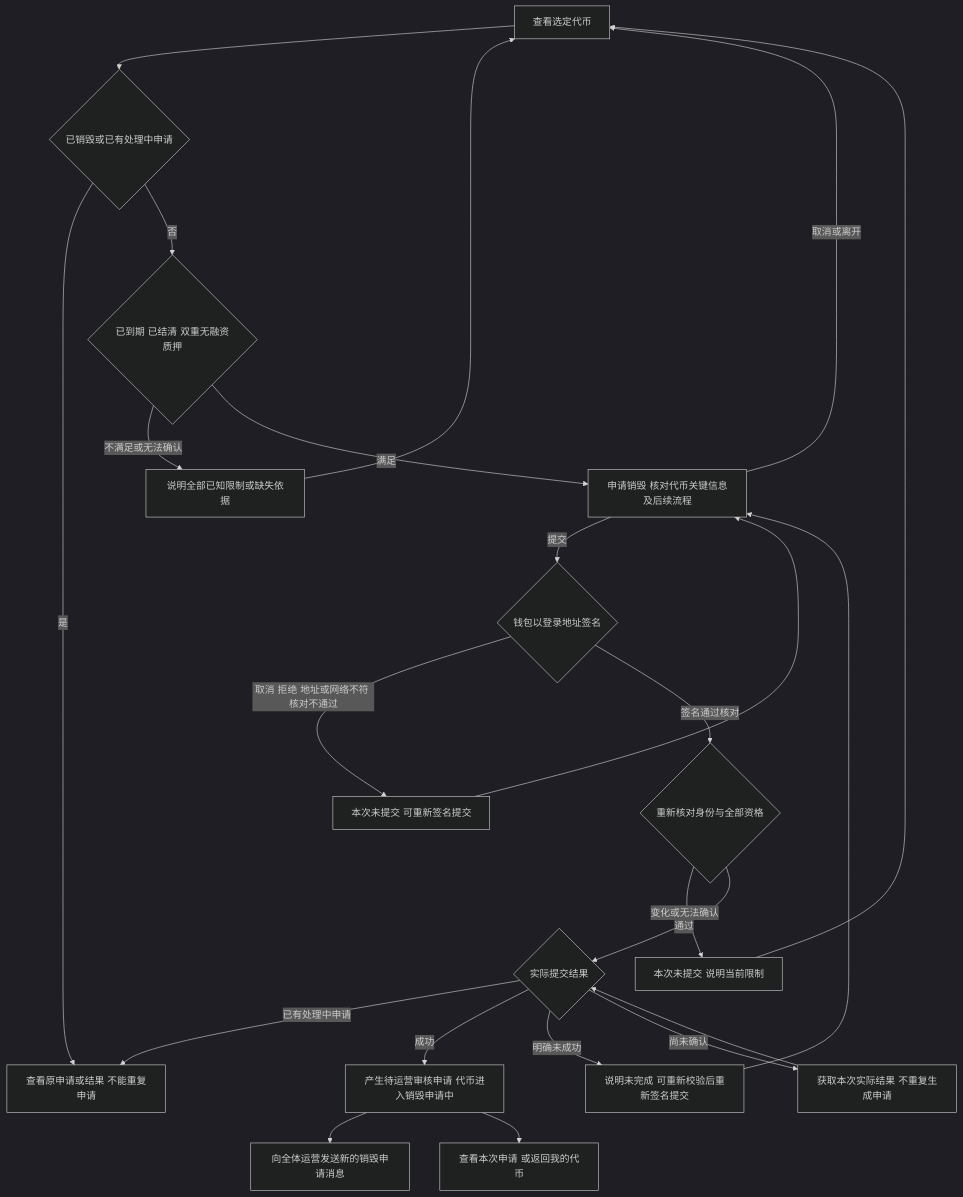
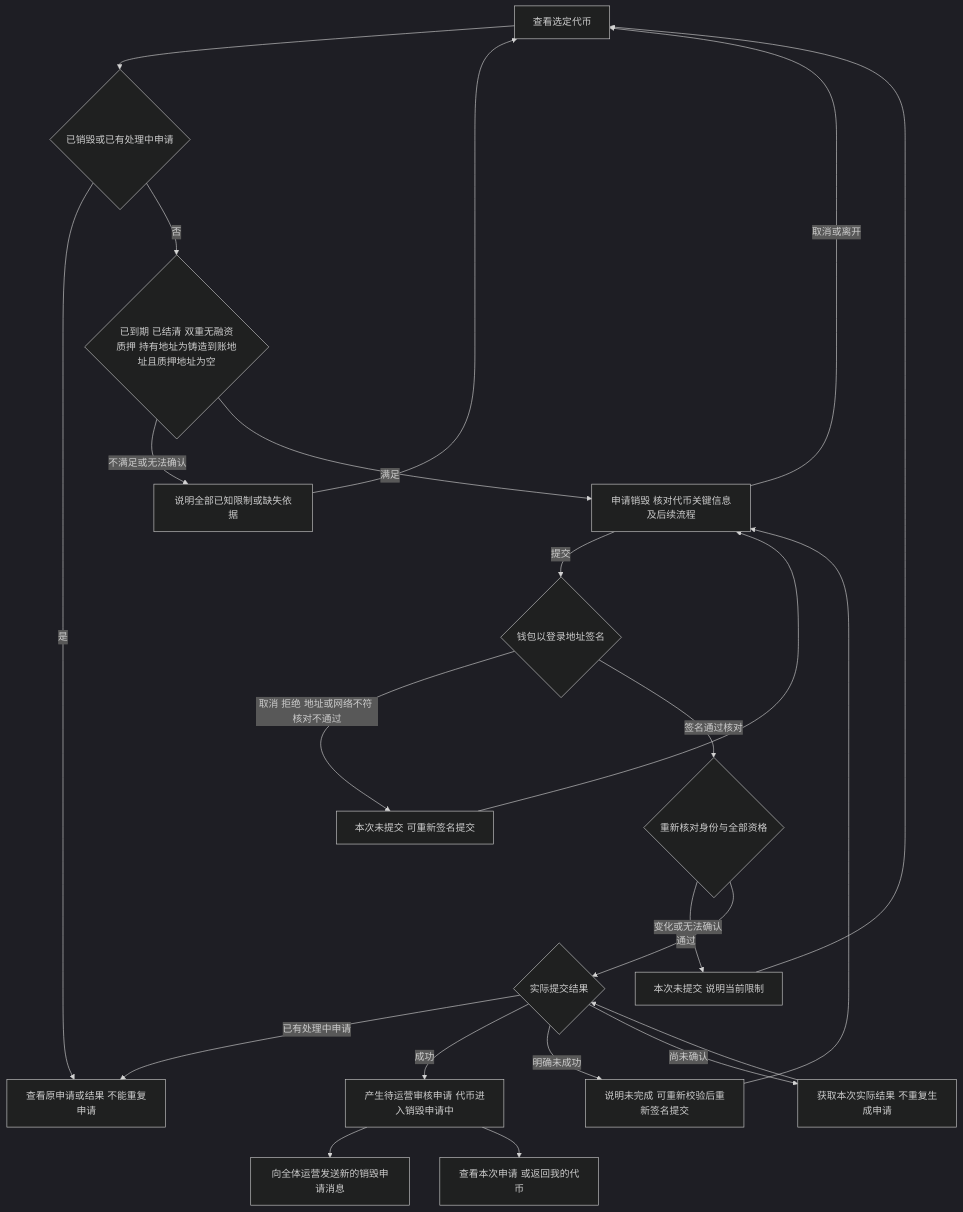
The second of 4 diagrams in token-issuance-platform/PRD/面客端/M4a-我的代币与销毁申请/02-我的代币与销毁申请-流程图与状态机.md (wxblockchain/Chain-Financing), drawn with Mermaid (dark theme) before and after one commit. The commit also changed other lines of this file and 32 other files, not shown here.

````diff
--- a/token-issuance-platform/PRD/面客端/M4a-我的代币与销毁申请/02-我的代币与销毁申请-流程图与状态机.md
+++ b/token-issuance-platform/PRD/面客端/M4a-我的代币与销毁申请/02-我的代币与销毁申请-流程图与状态机.md
@@ -42,25 +42,25 @@
 ```mermaid
 flowchart TD
     A[查看选定代币] --> B{已销毁或已有处理中申请}
     B -->|是| C[查看原申请或结果 不能重复申请]
-    B -->|否| D{已到期 已结清 双重无融资质押}
+    B -->|否| D{已到期 已结清 双重无融资质押 持有地址为铸造到账地址且质押地址为空}
     D -->|不满足或无法确认| E[说明全部已知限制或缺失依据]
     E --> A
     D -->|满足| F[申请销毁 核对代币关键信息及后续流程]
     F -->|取消或离开| A
     F -->|提交| S{钱包以登录地址签名}
     S -->|取消 拒绝 地址或网络不符 核对不通过| T[本次未提交 可重新签名提交]
     T --> F
     S -->|签名通过核对| G{重新核对身份与全部资格}
     G -->|变化或无法确认| H[本次未提交 说明当前限制]
     H --> A
     G -->|通过| I{实际提交结果}
     I -->|已有处理中申请| C
     I -->|成功| J[产生待运营审核申请 代币进入销毁申请中]
     J --> K[向全体运营发送新的销毁申请消息]
     J --> L[查看本次申请 或返回我的代币]
     I -->|明确未成功| M[说明未完成 可重新校验后重新签名提交]
     M --> F
     I -->|尚未确认| N[获取本次实际结果 不重复生成申请]
     N --> I
 ```
````
